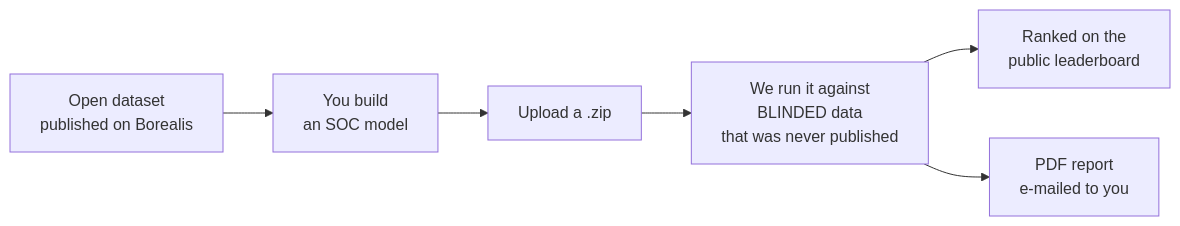
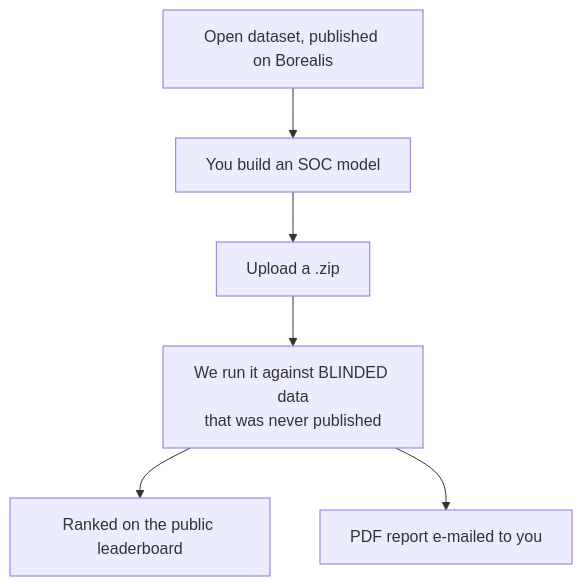
The first of 3 diagrams in README.md (McMaster-Battery-Research-Group/battery-soc-benchmark), drawn with Mermaid before and after one commit. The commit also changed other lines of this file, not shown here.

Commit message:
README: fix sequence diagram (Box is a reserved mermaid keyword), vertical concept diagram, repository map as a table

````diff
--- a/README.md
+++ b/README.md
@@ -23,8 +23,8 @@
 ```mermaid
-flowchart LR
-    A["Open dataset<br/>published on Borealis"] --> B["You build<br/>an SOC model"]
+flowchart TB
+    A["Open dataset, published on Borealis"] --> B["You build an SOC model"]
     B --> C["Upload a .zip"]
-    C --> D["We run it against<br/>BLINDED data<br/>that was never published"]
-    D --> E["Ranked on the<br/>public leaderboard"]
-    D --> F["PDF report<br/>e-mailed to you"]
+    C --> D["We run it against BLINDED data<br/>that was never published"]
+    D --> E["Ranked on the public leaderboard"]
+    D --> F["PDF report e-mailed to you"]
 ```
````
